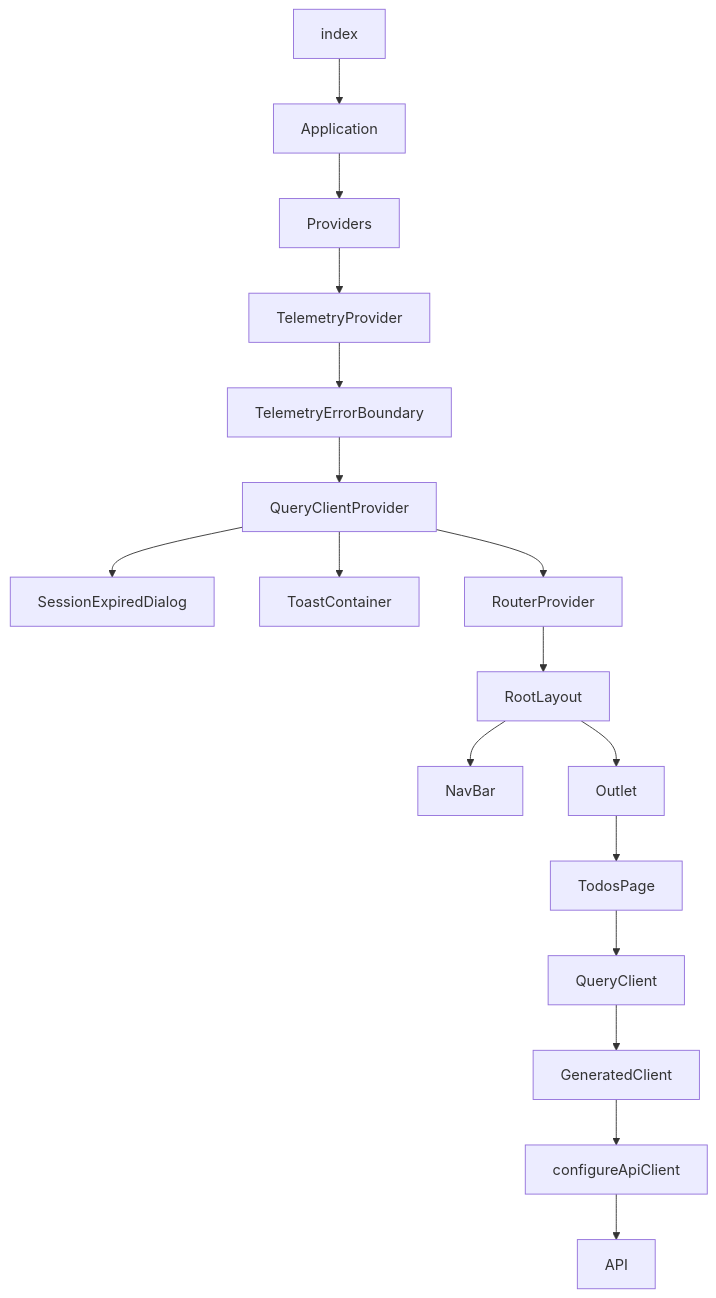
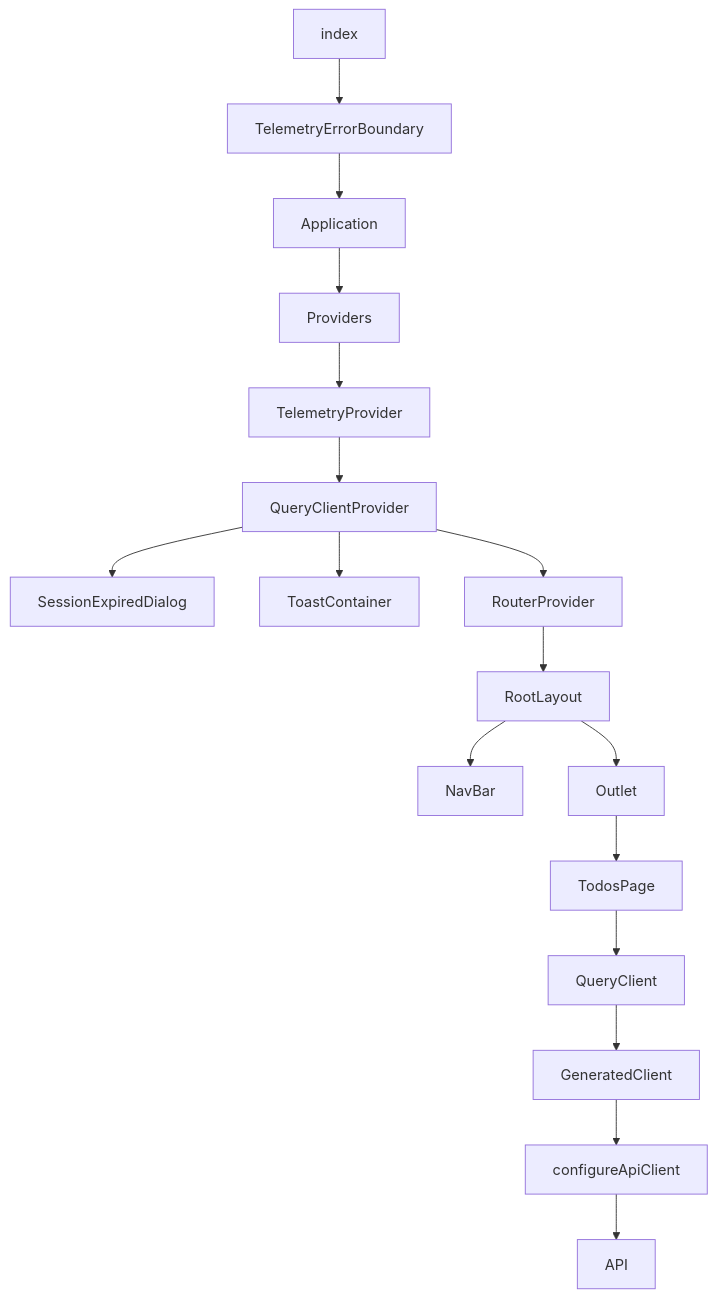
Before and after one commit to equinor/template-fastapi-react: the diagram in docs/docs/contribute/development-guide/coding/extending-the-web/index.md, drawn with Mermaid. The commit also changed other lines of this file and 8 other files, not shown here.

````diff
--- a/docs/docs/contribute/development-guide/coding/extending-the-web/index.md
+++ b/docs/docs/contribute/development-guide/coding/extending-the-web/index.md
@@ -32,19 +32,19 @@
 ```mermaid
 flowchart
-    index --> Application
+    index --> TelemetryErrorBoundary
+    TelemetryErrorBoundary --> Application
     Application --> Providers
     Providers --> TelemetryProvider
-    TelemetryProvider --> TelemetryErrorBoundary
-    TelemetryErrorBoundary --> QueryClientProvider
+    TelemetryProvider --> QueryClientProvider
     QueryClientProvider --> SessionExpiredDialog
     QueryClientProvider --> ToastContainer
     QueryClientProvider --> RouterProvider
     RouterProvider --> RootLayout
     RootLayout --> NavBar
     RootLayout --> Outlet
     Outlet --> TodosPage
     TodosPage --> QueryClient
     QueryClient --> GeneratedClient
     GeneratedClient --> configureApiClient
     configureApiClient --> API
 ```
````
